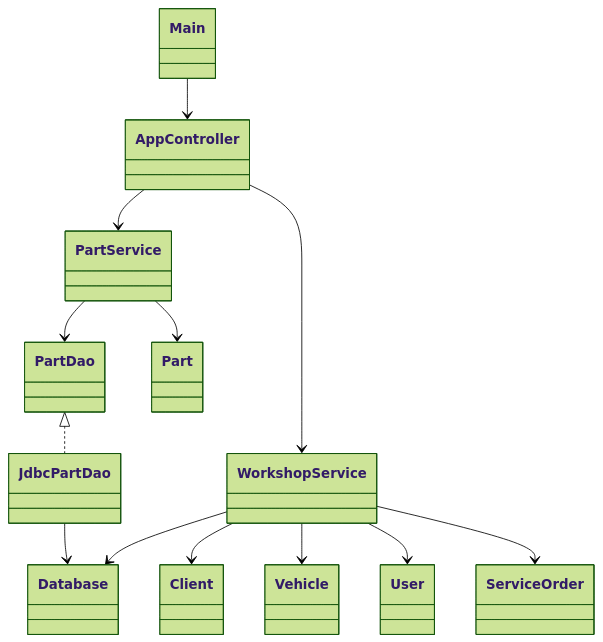
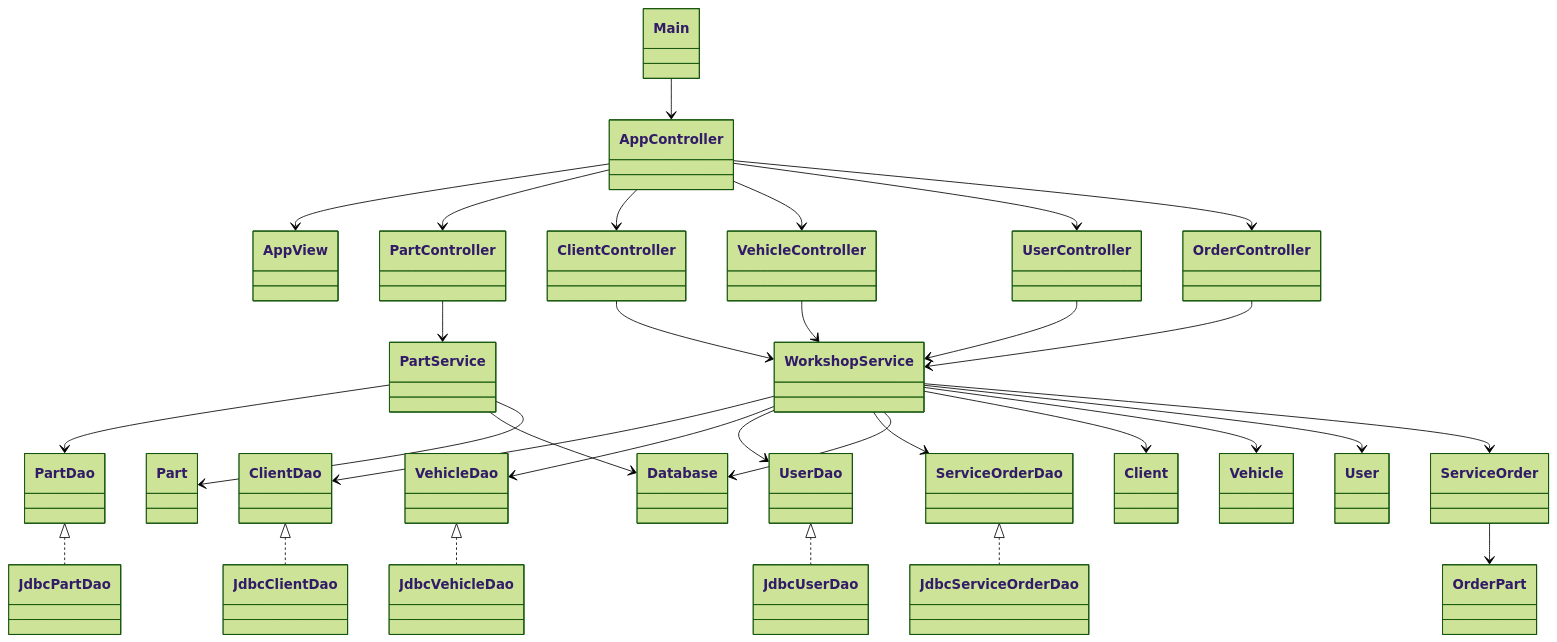
One commit to maandrea23/TallerExpress changed the first of 2 diagrams in README.md. Above: the diagram before and after it, drawn with Mermaid (forest theme). The commit also changed other lines of this file and 29 other files, not shown here.

````diff
--- a/README.md
+++ b/README.md
@@ -46,15 +229,61 @@
 ```mermaid
 classDiagram
+  class Main
+  class AppView
+  class AppController
+  class PartController
+  class ClientController
+  class VehicleController
+  class UserController
+  class OrderController
+  class PartService
+  class WorkshopService
+  class PartDao
+  class ClientDao
+  class VehicleDao
+  class UserDao
+  class ServiceOrderDao
+  class JdbcPartDao
+  class JdbcClientDao
+  class JdbcVehicleDao
+  class JdbcUserDao
+  class JdbcServiceOrderDao
+  class Database
+  class Part
+  class Client
+  class Vehicle
+  class User
+  class ServiceOrder
+  class OrderPart
+
   Main --> AppController
-  AppController --> PartService
-  AppController --> WorkshopService
+  AppController --> AppView
+  AppController --> PartController
+  AppController --> ClientController
+  AppController --> VehicleController
+  AppController --> UserController
+  AppController --> OrderController
+  PartController --> PartService
+  ClientController --> WorkshopService
+  VehicleController --> WorkshopService
+  UserController --> WorkshopService
+  OrderController --> WorkshopService
   PartService --> PartDao
+  WorkshopService --> ClientDao
+  WorkshopService --> VehicleDao
+  WorkshopService --> UserDao
+  WorkshopService --> ServiceOrderDao
   PartDao <|.. JdbcPartDao
-  JdbcPartDao --> Database
+  ClientDao <|.. JdbcClientDao
+  VehicleDao <|.. JdbcVehicleDao
+  UserDao <|.. JdbcUserDao
+  ServiceOrderDao <|.. JdbcServiceOrderDao
+  PartService --> Database
   WorkshopService --> Database
   PartService --> Part
   WorkshopService --> Client
   WorkshopService --> Vehicle
   WorkshopService --> User
   WorkshopService --> ServiceOrder
+  ServiceOrder --> OrderPart
 ```
````
